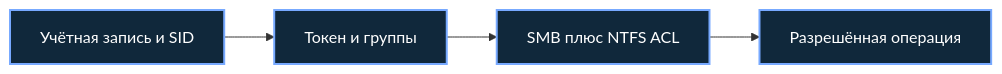
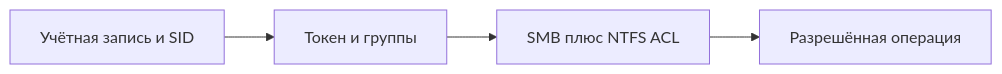
Before and after one commit to ustinovlev039-cpu/praaactice: the diagram in labs/windows/03-users-permissions/README.md, drawn with Mermaid. The commit also changed other lines of this file and 60 other files, not shown here.

Commit message:
docs: simplify diagrams, headings and portfolio presentation

````diff
--- a/labs/windows/03-users-permissions/README.md
+++ b/labs/windows/03-users-permissions/README.md
@@ -15,9 +15,8 @@
 ```mermaid
 flowchart LR
     n0["Учётная запись и SID"]
     n1["Токен и группы"]
     n2["SMB плюс NTFS ACL"]
     n3["Разрешённая операция"]
     n0 --> n1 --> n2 --> n3
-    classDef default fill:#10283b,stroke:#77a9ff,color:#ffffff,stroke-width:2px
 ```
````
